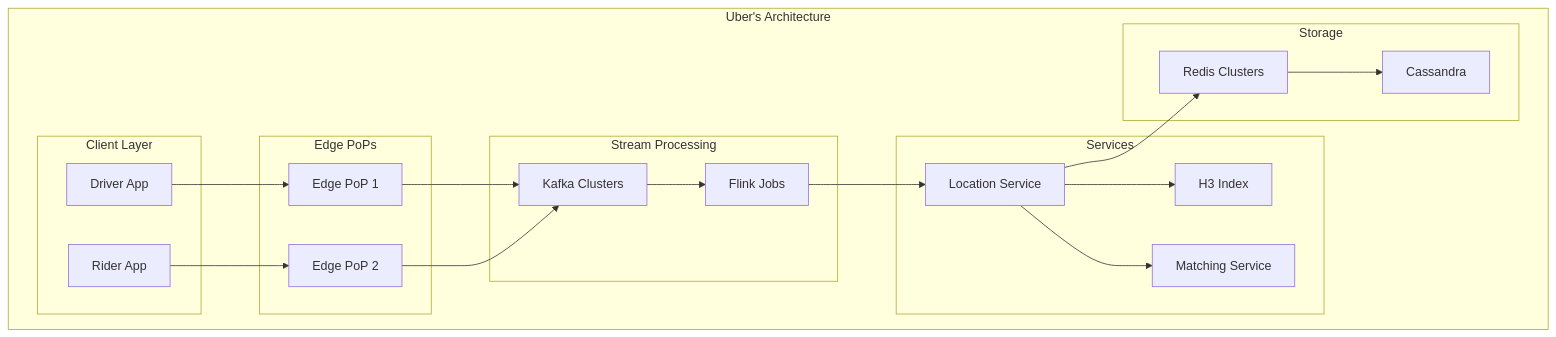
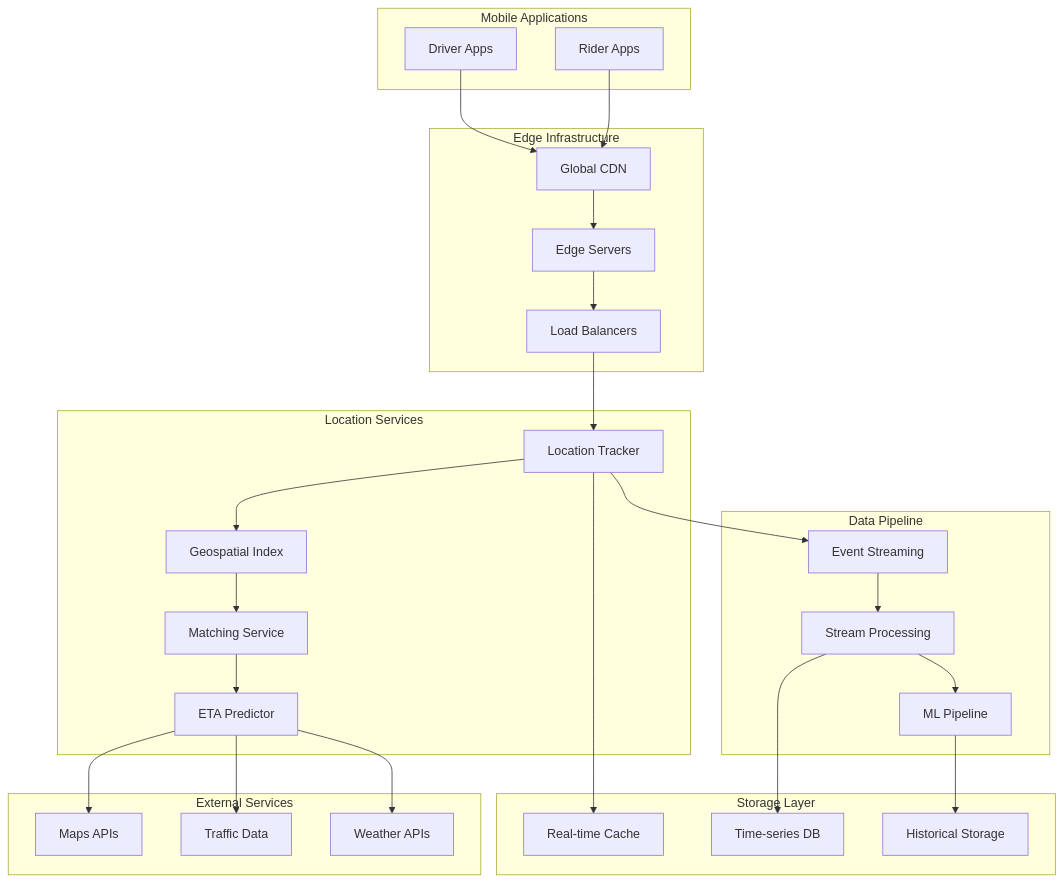
The first of 2 diagrams in docs/case-studies/uber-location.md (deepaucksharma/DStudio), drawn with Mermaid before and after one commit. The commit also changed other lines of this file and 282 other files, not shown here.

````diff
--- a/docs/case-studies/uber-location.md
+++ b/docs/case-studies/uber-location.md
@@ -562,39 +52,60 @@
 ```mermaid
 graph TB
-    subgraph "Uber's Architecture"
-        subgraph "Client Layer"
-            DA[Driver App]
-            RA[Rider App]
-        end
-        
-        subgraph "Edge PoPs"
-            EP1[Edge PoP 1]
-            EP2[Edge PoP 2]
-        end
-        
-        subgraph "Stream Processing"
-            K[Kafka Clusters]
-            F[Flink Jobs]
-        end
-        
-        subgraph "Services"
-            LS[Location Service]
-            MS[Matching Service]
-            H3[H3 Index]
-        end
-        
-        subgraph "Storage"
-            R[Redis Clusters]
-            C[Cassandra]
-        end
+    subgraph "Mobile Applications"
+        DRIVER[Driver Apps]
+        RIDER[Rider Apps]
     end
     
-    DA --> EP1 --> K
-    RA --> EP2 --> K
-    K --> F
-    F --> LS
-    LS --> H3
-    LS --> R
-    R --> C
-    LS --> MS
+    subgraph "Edge Infrastructure"
+        CDN[Global CDN]
+        EDGE[Edge Servers]
+        LB[Load Balancers]
+    end
+    
+    subgraph "Location Services"
+        TRACK[Location Tracker]
+        GEO[Geospatial Index]
+        MATCH[Matching Service]
+        ETA[ETA Predictor]
+    end
+    
+    subgraph "Data Pipeline"
+        KAFKA[Event Streaming]
+        SPARK[Stream Processing]
+        ML[ML Pipeline]
+    end
+    
+    subgraph "Storage Layer"
+        REDIS[Real-time Cache]
+        CASSANDRA[Time-series DB]
+        S3[Historical Storage]
+    end
+    
+    subgraph "External Services"
+        MAPS[Maps APIs]
+        TRAFFIC[Traffic Data]
+        WEATHER[Weather APIs]
+    end
+    
+    DRIVER --> CDN
+    RIDER --> CDN
+    CDN --> EDGE
+    EDGE --> LB
+    LB --> TRACK
+    
+    TRACK --> GEO
+    TRACK --> KAFKA
+    GEO --> MATCH
+    MATCH --> ETA
+    
+    KAFKA --> SPARK
+    SPARK --> ML
+    
+    TRACK --> REDIS
+    SPARK --> CASSANDRA
+    ML --> S3
+    
+    ETA --> MAPS
+    ETA --> TRAFFIC
+    ETA --> WEATHER
 ```
````
